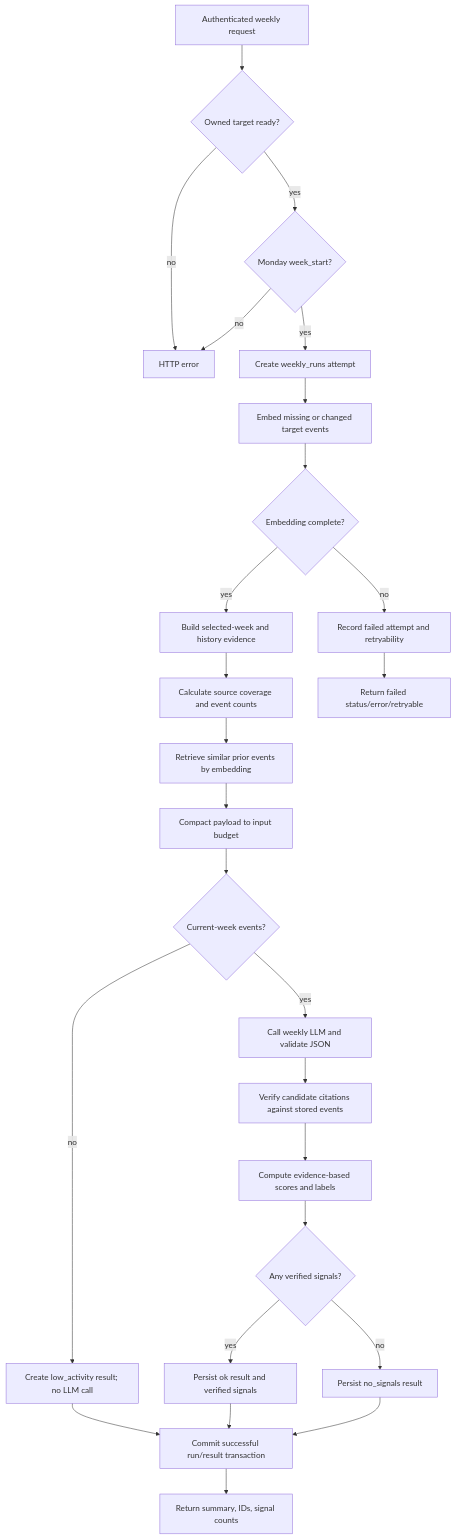
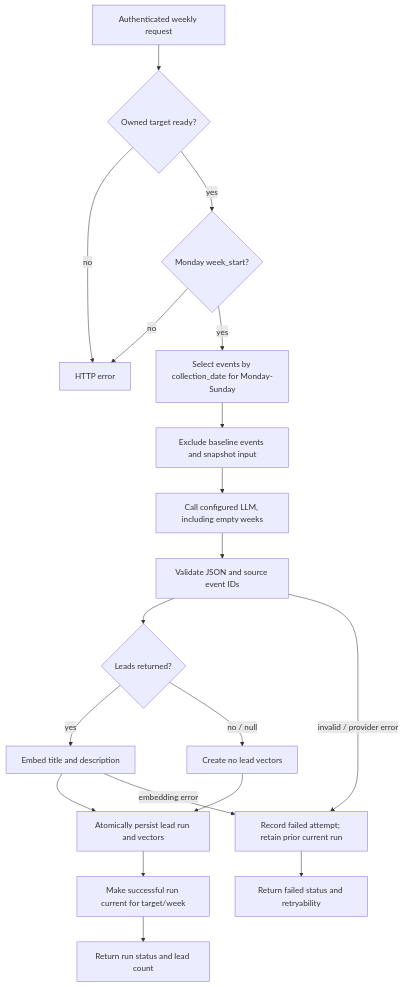
The third of 4 diagrams in docs/SYSTEM_DESIGN.md (GoLu-Jii/RAVN), drawn with Mermaid before and after one commit. The commit also changed other lines of this file and 23 other files, not shown here.

````diff
--- a/docs/SYSTEM_DESIGN.md
+++ b/docs/SYSTEM_DESIGN.md
@@ -144,28 +144,21 @@
 ```mermaid
 flowchart TD
     A[Authenticated weekly request] --> B{Owned target ready?}
     B -- no --> X[HTTP error]
     B -- yes --> C{Monday week_start?}
     C -- no --> X
-    C -- yes --> D[Create weekly_runs attempt]
-    D --> E[Embed missing or changed target events]
-    E --> F{Embedding complete?}
-    F -- no --> Z[Record failed attempt and retryability]
-    F -- yes --> G[Build selected-week and history evidence]
-    G --> H[Calculate source coverage and event counts]
-    H --> I[Retrieve similar prior events by embedding]
-    I --> J[Compact payload to input budget]
-    J --> K{Current-week events?}
-    K -- no --> L[Create low_activity result; no LLM call]
-    K -- yes --> M[Call weekly LLM and validate JSON]
-    M --> N[Verify candidate citations against stored events]
-    N --> O[Compute evidence-based scores and labels]
-    O --> P{Any verified signals?}
-    P -- yes --> Q[Persist ok result and verified signals]
-    P -- no --> R[Persist no_signals result]
-    L --> S[Commit successful run/result transaction]
-    Q --> S
-    R --> S
-    S --> T[Return summary, IDs, signal counts]
-    Z --> U[Return failed status/error/retryable]
+    C -- yes --> D[Select events by collection_date for Monday-Sunday]
+    D --> E[Exclude baseline events and snapshot input]
+    E --> F[Call configured LLM, including empty weeks]
+    F --> G[Validate JSON and source event IDs]
+    G --> H{Leads returned?}
+    H -- yes --> I[Embed title and description]
+    H -- no / null --> J[Create no lead vectors]
+    I --> K[Atomically persist lead run and vectors]
+    J --> K
+    K --> L[Make successful run current for target/week]
+    G -- invalid / provider error --> Z[Record failed attempt; retain prior current run]
+    I -- embedding error --> Z
+    L --> M[Return run status and lead count]
+    Z --> N[Return failed status and retryability]
 ```
````
